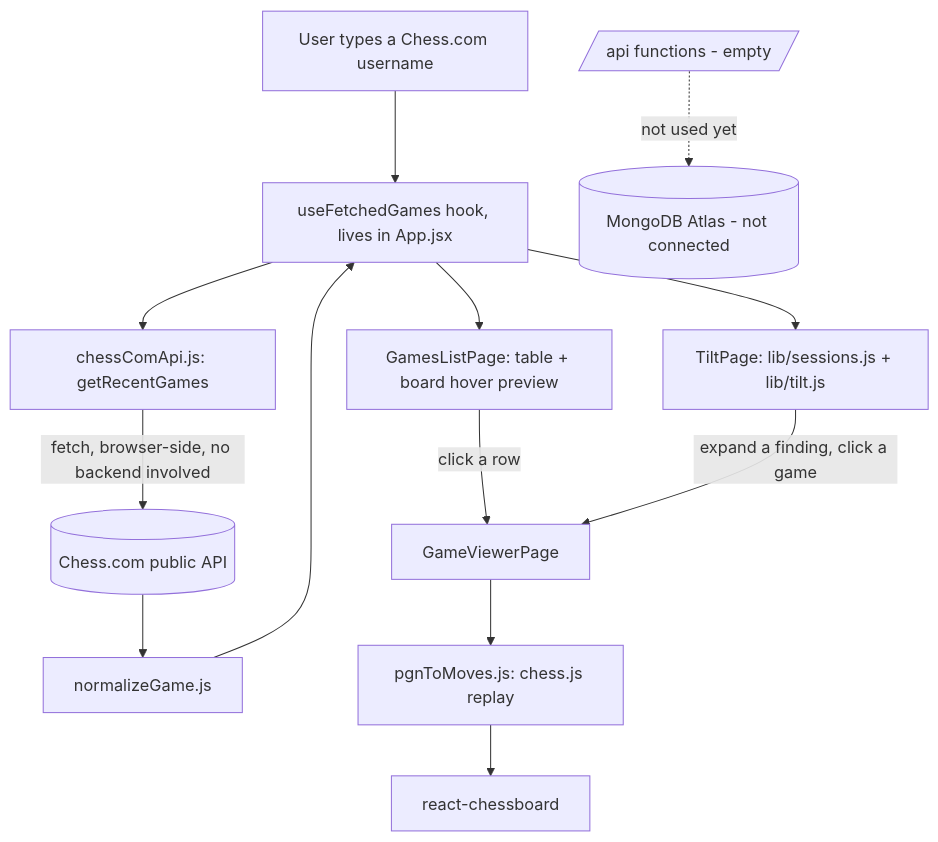
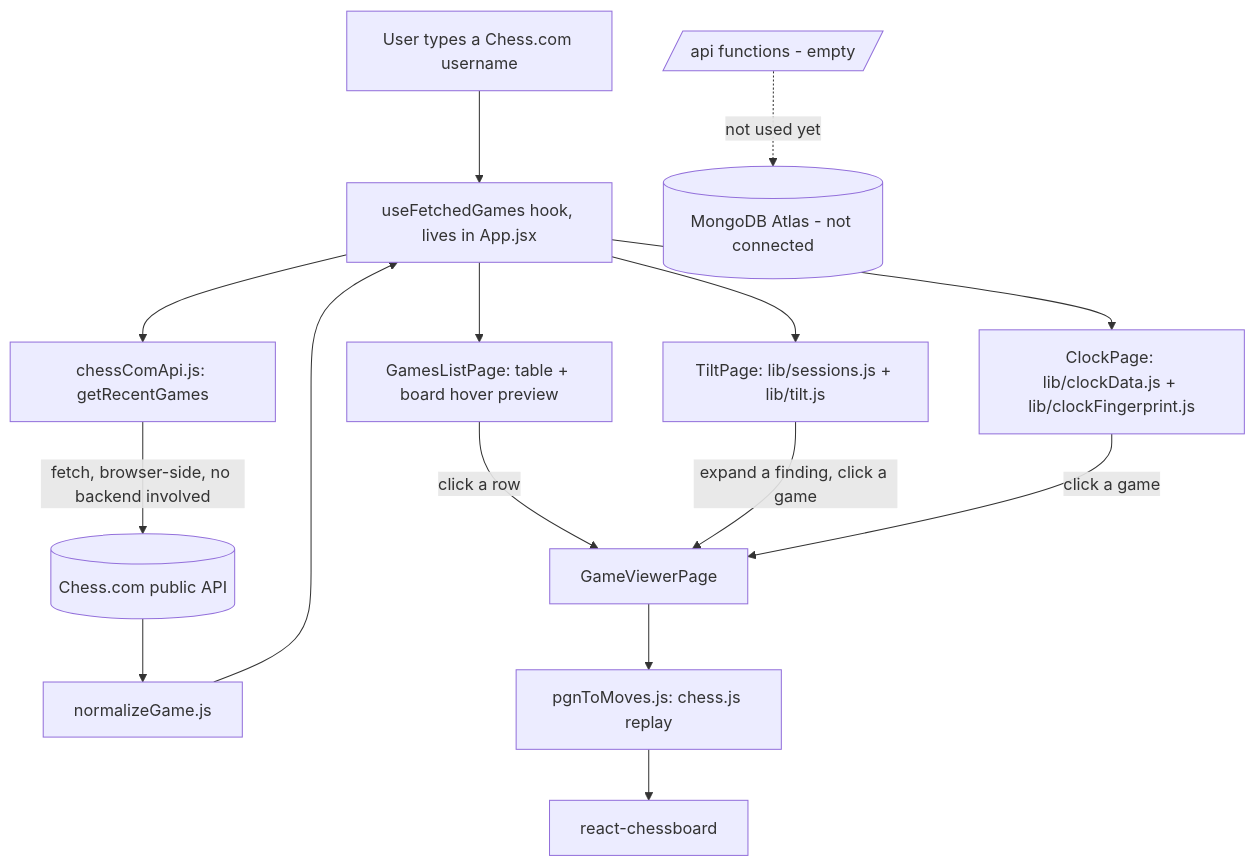
The diagram in flow.md (Mizan1912/ChessDNA), drawn with Mermaid before and after one commit. The commit also changed other lines of this file and 8 other files, not shown here.

First line of the commit message:
Phase 2 complete: clock fingerprint (Feature 3, scoped)

````diff
--- a/flow.md
+++ b/flow.md
@@ -39,16 +45,18 @@
 ```mermaid
 flowchart TD
   User[User types a Chess.com username] --> Hook[useFetchedGames hook, lives in App.jsx]
   Hook --> API[chessComApi.js: getRecentGames]
   API -->|fetch, browser-side, no backend involved| ChessCom[(Chess.com public API)]
   ChessCom --> Normalize[normalizeGame.js]
   Normalize --> Hook
   Hook --> List[GamesListPage: table + board hover preview]
   Hook --> Tilt[TiltPage: lib/sessions.js + lib/tilt.js]
+  Hook --> Clock[ClockPage: lib/clockData.js + lib/clockFingerprint.js]
   List -->|click a row| Viewer[GameViewerPage]
   Tilt -->|expand a finding, click a game| Viewer
+  Clock -->|click a game| Viewer
   Viewer --> PgnToMoves[pgnToMoves.js: chess.js replay]
   PgnToMoves --> Board[react-chessboard]
 
   APIFolder[/api functions - empty/] -.->|not used yet| DB[(MongoDB Atlas - not connected)]
 ```
````
